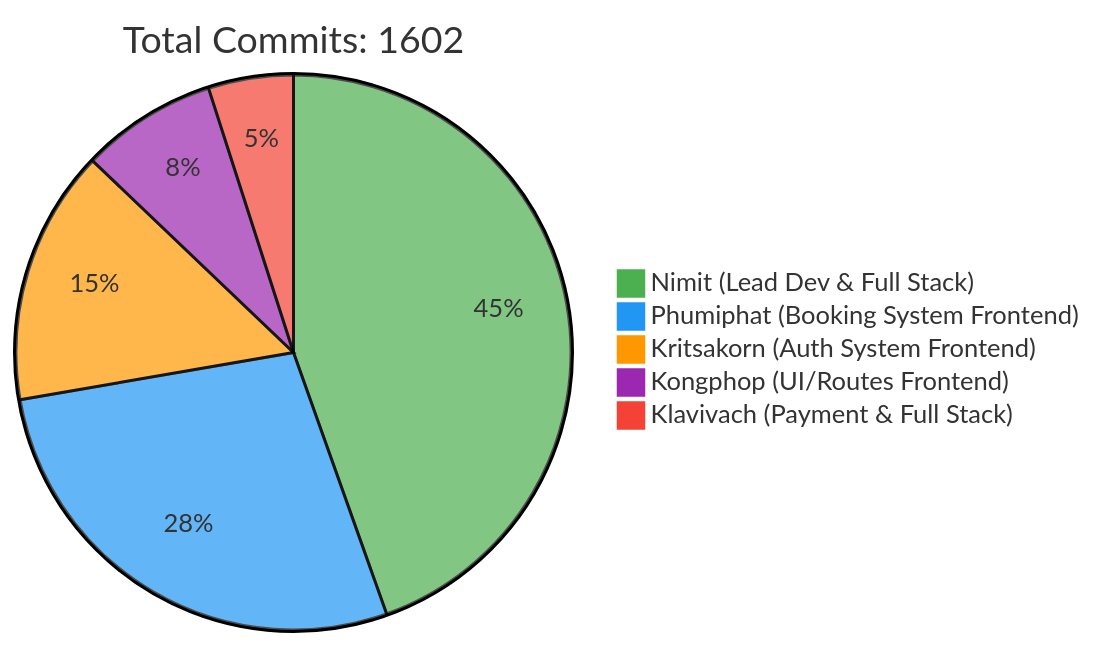
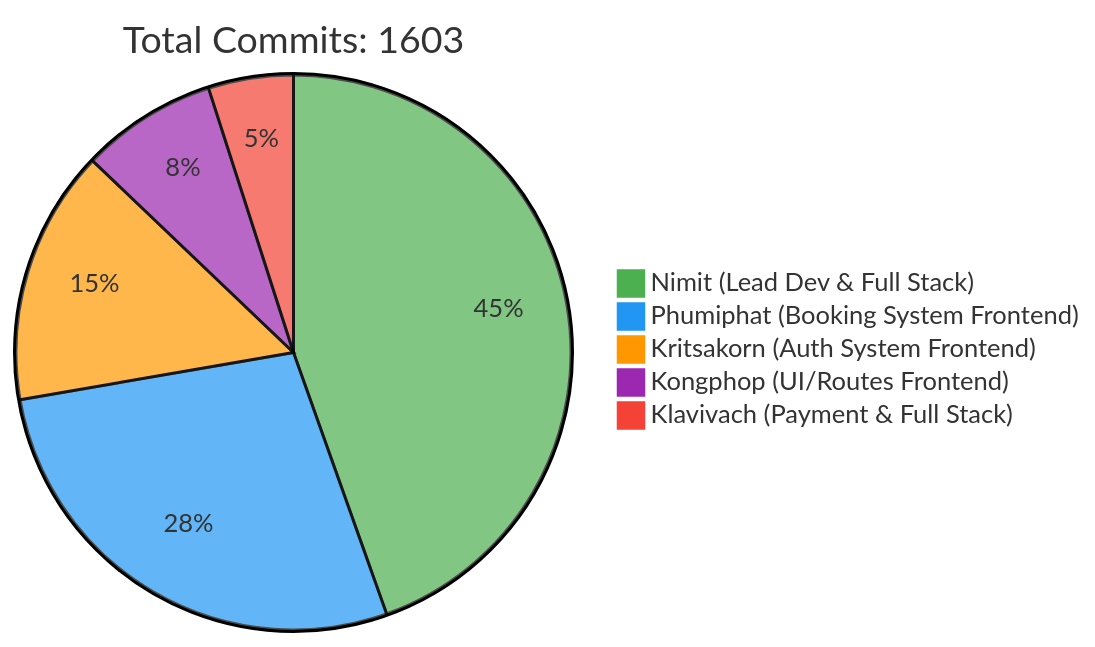
The first of 2 diagrams in README.md (6531503042/Sport-Complex), drawn with Mermaid before and after one commit. The commit also changed other lines of this file, not shown here.

Commit message:
docs: Update contributor statistics [skip ci]

````diff
--- a/README.md
+++ b/README.md
@@ -257,10 +257,10 @@
 ```mermaid
 %%{init: {'theme': 'base', 'themeVariables': { 'pie1': '#4CAF50', 'pie2': '#2196F3', 'pie3': '#FF9800', 'pie4': '#9C27B0', 'pie5': '#F44336'}}}%%
 pie
-    title Total Commits: 1602
+    title Total Commits: 1603
     "Nimit (Lead Dev & Full Stack)" : 450
     "Phumiphat (Booking System Frontend)" : 280
     "Kritsakorn (Auth System Frontend)" : 150
     "Kongphop (UI/Routes Frontend)" : 80
     "Klavivach (Payment & Full Stack)" : 50
 ```
````
